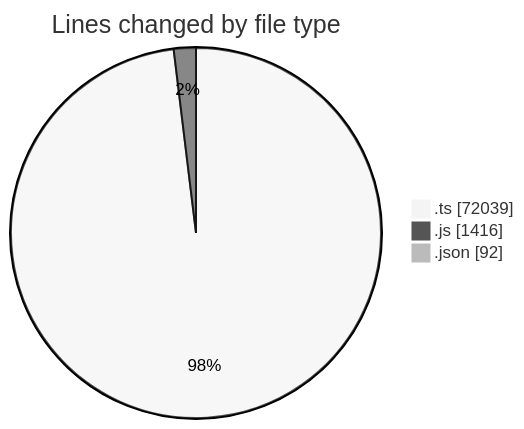
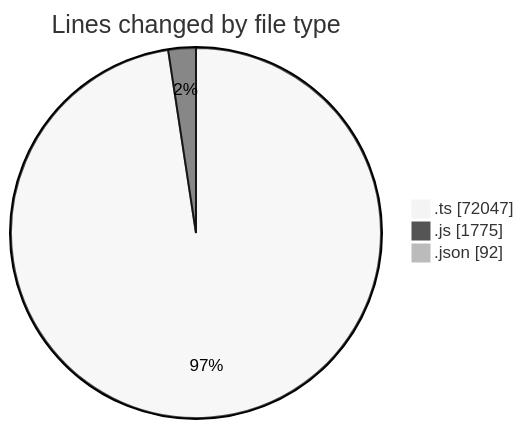
One commit to momahboobian/code-tracking changed the first of 2 diagrams in 2025-09-29/cda/README.md. Above: the diagram before and after it, drawn with Mermaid (neutral theme). The commit also changed other lines of this file and 1 other file, not shown here.

````diff
--- a/2025-09-29/cda/README.md
+++ b/2025-09-29/cda/README.md
@@ -38,7 +38,7 @@
 ```mermaid
 pie showData
 title Lines changed by file type
-".ts" : 72039
-".js" : 1416
+".ts" : 72047
+".js" : 1775
 ".json" : 92
 ```
````
